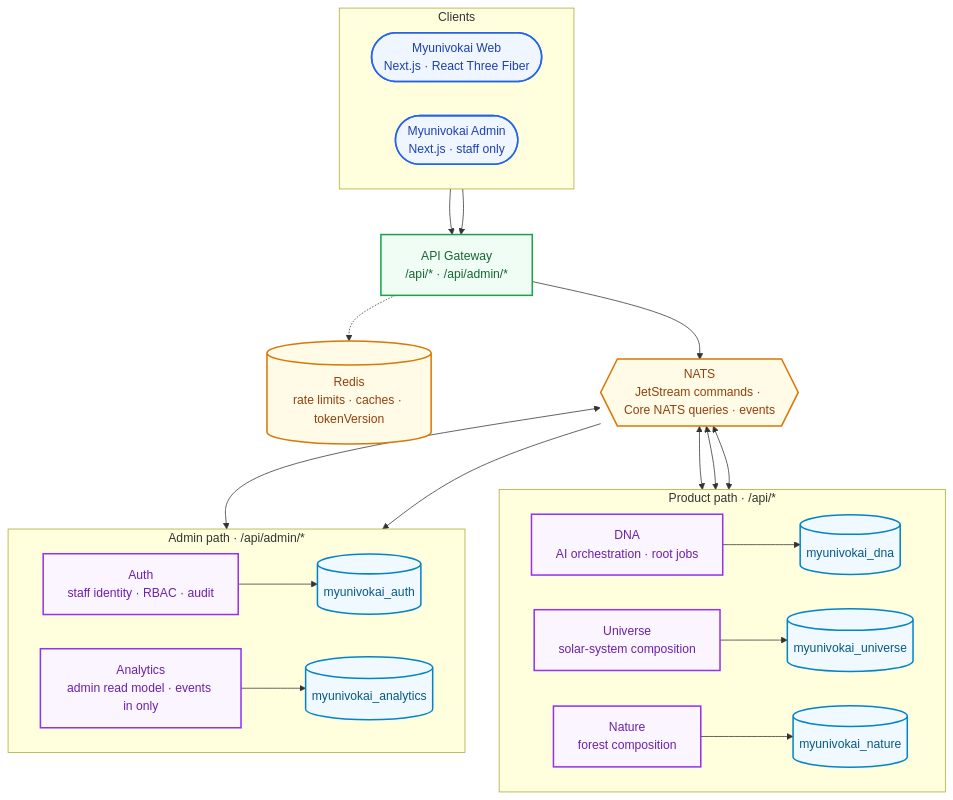
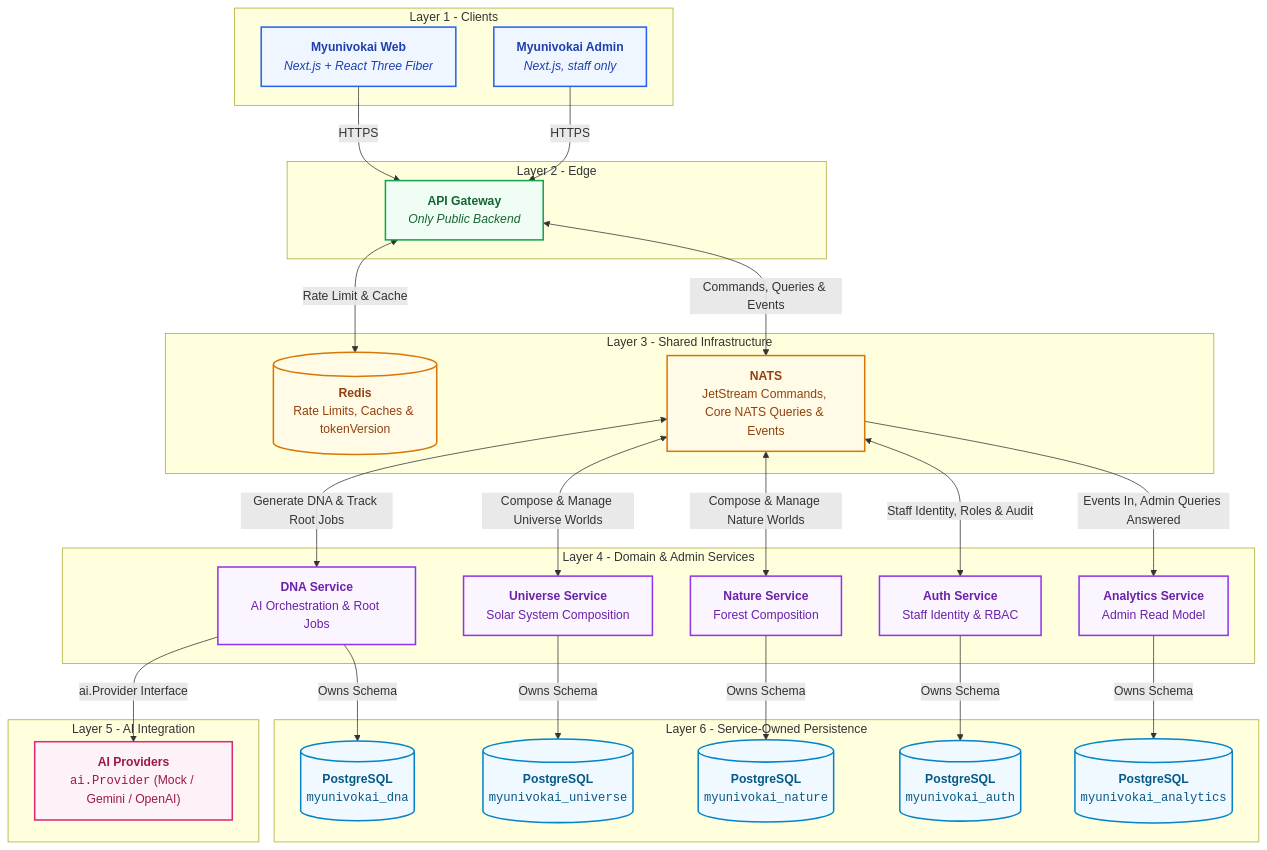
One commit to TuanTran0168/myunivokai changed the first of 2 diagrams in README.md. Above: the diagram before and after it, drawn with Mermaid. The commit also changed other lines of this file, not shown here.

Commit message:
[FIX][DOCS][feat/docs/telemetry-deploy-gaps-and-readme-diagram]: Match the diagram main already has, instead of inventing a new shape
Two redraws in a row still broke on the real renderer because both kept
reaching for subgraph-direction tricks. main's own README diagram never
needed any: six single-level layer subgraphs, no nested subgraph inside a
subgraph, no `direction` override, plain nodes with labeled edges, and
dagre's own rank algorithm placing same-rank siblings side by side for free.
It already renders correctly everywhere, because it never touches the
feature that kept failing.

Rebuild the same-shaped diagram instead of a new one: extend main's Layer 4
(domain services) with Auth and Analytics, and Layer 6 (owned persistence)
with their two databases, bringing back the AI Integration layer main also
has. Confirmed identical output across mermaid 8/9/10/11 rendered locally
via Playwright, and the bullets below now match main's terse register
instead of the long paragraphs from the previous two attempts.

````diff
--- a/README.md
+++ b/README.md
@@ -20,43 +14,62 @@
 ```mermaid
-%%{init: {"flowchart": {"nodeSpacing": 45, "rankSpacing": 60, "padding": 16}}}%%
 flowchart TB
+  %% Class Definitions & Layer Colors
   classDef clientStyle fill:#eff6ff,stroke:#2563eb,stroke-width:2px,color:#1e40af;
   classDef edgeStyle fill:#f0fdf4,stroke:#16a34a,stroke-width:2px,color:#166534;
   classDef infraStyle fill:#fffbe6,stroke:#d97706,stroke-width:2px,color:#92400e;
   classDef domainStyle fill:#faf5ff,stroke:#9333ea,stroke-width:2px,color:#6b21a8;
+  classDef aiStyle fill:#fdf2f8,stroke:#db2777,stroke-width:2px,color:#9d174d;
   classDef dbStyle fill:#f0f9ff,stroke:#0284c7,stroke-width:2px,color:#075985;
 
-  subgraph CLIENTS ["Clients"]
-    direction LR
-    web(["Myunivokai Web<br/>Next.js · React Three Fiber"]):::clientStyle
-    admin(["Myunivokai Admin<br/>Next.js · staff only"]):::clientStyle
+  subgraph clientLayer ["Layer 1 - Clients"]
+    web["<b>Myunivokai Web</b><br/><i>Next.js + React Three Fiber</i>"]:::clientStyle
+    admin["<b>Myunivokai Admin</b><br/><i>Next.js, staff only</i>"]:::clientStyle
   end
 
-  gateway["API Gateway<br/>/api/* · /api/admin/*"]:::edgeStyle
-  redis[("Redis<br/>rate limits · caches · tokenVersion")]:::infraStyle
-  nats{{"NATS<br/>JetStream commands · Core NATS queries · events"}}:::infraStyle
-
-  subgraph PRODUCT ["Product path · /api/*"]
-    direction LR
-    dna["DNA<br/>AI orchestration · root jobs"]:::domainStyle --> dnaDatabase[("myunivokai_dna")]:::dbStyle
-    universe["Universe<br/>solar-system composition"]:::domainStyle --> universeDatabase[("myunivokai_universe")]:::dbStyle
-    nature["Nature<br/>forest composition"]:::domainStyle --> natureDatabase[("myunivokai_nature")]:::dbStyle
+  subgraph edgeLayer ["Layer 2 - Edge"]
+    gateway["<b>API Gateway</b><br/><i>Only Public Backend</i>"]:::edgeStyle
   end
 
-  subgraph ADMINPATH ["Admin path · /api/admin/*"]
-    direction LR
-    auth["Auth<br/>staff identity · RBAC · audit"]:::domainStyle --> authDatabase[("myunivokai_auth")]:::dbStyle
-    analytics["Analytics<br/>admin read model · events in only"]:::domainStyle --> analyticsDatabase[("myunivokai_analytics")]:::dbStyle
+  subgraph infrastructureLayer ["Layer 3 - Shared Infrastructure"]
+    redis[("<b>Redis</b><br/>Rate Limits, Caches & tokenVersion")]:::infraStyle
+    nats["<b>NATS</b><br/>JetStream Commands, Core NATS Queries & Events"]:::infraStyle
   end
 
-  web --> gateway
-  admin --> gateway
-  gateway --> nats
-  gateway -.-> redis
+  subgraph domainLayer ["Layer 4 - Domain & Admin Services"]
+    dna["<b>DNA Service</b><br/>AI Orchestration & Root Jobs"]:::domainStyle
+    universe["<b>Universe Service</b><br/>Solar System Composition"]:::domainStyle
+    nature["<b>Nature Service</b><br/>Forest Composition"]:::domainStyle
+    auth["<b>Auth Service</b><br/>Staff Identity & RBAC"]:::domainStyle
+    analytics["<b>Analytics Service</b><br/>Admin Read Model"]:::domainStyle
+  end
 
-  nats <--> dna
-  nats <--> universe
-  nats <--> nature
-  nats <--> auth
-  nats --> analytics
+  subgraph integrationLayer ["Layer 5 - AI Integration"]
+    providers["<b>AI Providers</b><br/><code>ai.Provider</code> (Mock / Gemini / OpenAI)"]:::aiStyle
+  end
+
+  subgraph persistenceLayer ["Layer 6 - Service-Owned Persistence"]
+    dnaDatabase[("<b>PostgreSQL</b><br/><code>myunivokai_dna</code>")]:::dbStyle
+    universeDatabase[("<b>PostgreSQL</b><br/><code>myunivokai_universe</code>")]:::dbStyle
+    natureDatabase[("<b>PostgreSQL</b><br/><code>myunivokai_nature</code>")]:::dbStyle
+    authDatabase[("<b>PostgreSQL</b><br/><code>myunivokai_auth</code>")]:::dbStyle
+    analyticsDatabase[("<b>PostgreSQL</b><br/><code>myunivokai_analytics</code>")]:::dbStyle
+  end
+
+  web -->|"HTTPS"| gateway
+  admin -->|"HTTPS"| gateway
+  gateway <-->|"Rate Limit & Cache"| redis
+  gateway <-->|"Commands, Queries & Events"| nats
+
+  nats <-->|"Generate DNA & Track Root Jobs"| dna
+  nats <-->|"Compose & Manage Universe Worlds"| universe
+  nats <-->|"Compose & Manage Nature Worlds"| nature
+  nats <-->|"Staff Identity, Roles & Audit"| auth
+  nats -->|"Events In, Admin Queries Answered"| analytics
+
+  dna -->|"ai.Provider Interface"| providers
+  dna -->|"Owns Schema"| dnaDatabase
+  universe -->|"Owns Schema"| universeDatabase
+  nature -->|"Owns Schema"| natureDatabase
+  auth -->|"Owns Schema"| authDatabase
+  analytics -->|"Owns Schema"| analyticsDatabase
 ```
````
